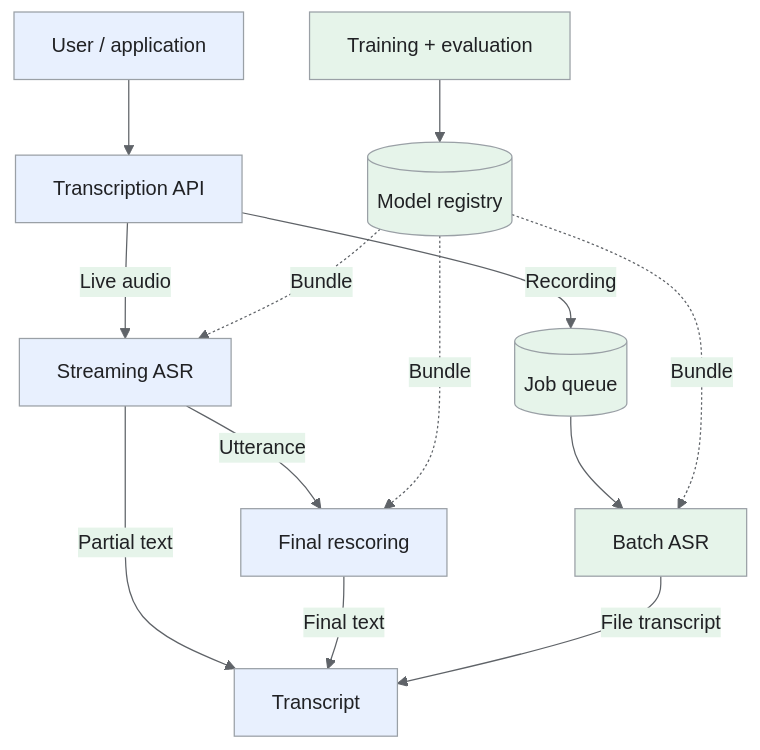
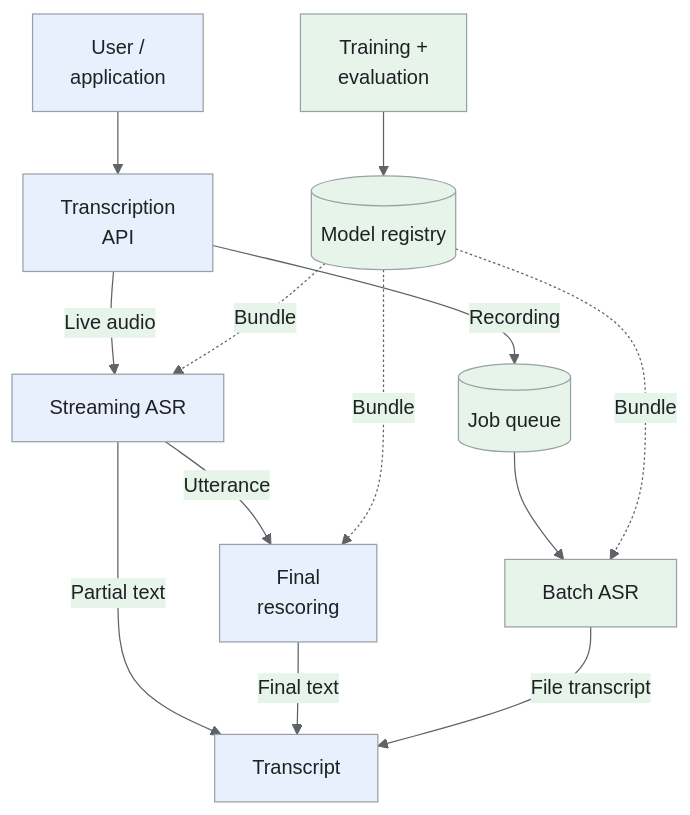
The first of 6 diagrams in _designs/ml-system-design-speech-recognition-asr.md (iliazlobin/iliazlobin.github.io), drawn with Mermaid before and after one commit. The commit also changed other lines of this file and 116 other files, not shown here.

````diff
--- a/_designs/ml-system-design-speech-recognition-asr.md
+++ b/_designs/ml-system-design-speech-recognition-asr.md
@@ -164,22 +145,22 @@
 ```mermaid
 %%{init: {'theme':'base','themeVariables':{'primaryColor':'#e8f0fe','primaryTextColor':'#202124','primaryBorderColor':'#9aa0a6','lineColor':'#5f6368','secondaryColor':'#e6f4ea','tertiaryColor':'#fef7e0','actorBkg':'#e8f0fe','actorBorder':'#9aa0a6','actorTextColor':'#202124','noteBkgColor':'#fef7e0','noteTextColor':'#202124','noteBorderColor':'#9aa0a6','signalColor':'#5f6368','signalTextColor':'#202124','labelBoxBkgColor':'#fef7e0','labelBoxBorderColor':'#9aa0a6'}}}%%
 flowchart TB
-  U["User / application"] --> API["Transcription API"]
+  U["User /<br>application"] --> API["Transcription<br>API"]
   API -->|"Live audio"| LIVE["Streaming ASR"]
   API -->|"Recording"| Q[("Job queue")]
   Q --> BATCH["Batch ASR"]
   LIVE -->|"Partial text"| OUT["Transcript"]
-  LIVE -->|"Utterance"| FINAL["Final rescoring"]
+  LIVE -->|"Utterance"| FINAL["Final<br>rescoring"]
   FINAL -->|"Final text"| OUT
   BATCH -->|"File transcript"| OUT
-  TRAIN["Training + evaluation"] --> REG[("Model registry")]
+  TRAIN["Training +<br>evaluation"] --> REG[("Model registry")]
   REG -.->|"Bundle"| LIVE
   REG -.->|"Bundle"| FINAL
   REG -.->|"Bundle"| BATCH
 classDef request fill:#e8f0fe,stroke:#9aa0a6,color:#202124;
 classDef data fill:#e6f4ea,stroke:#9aa0a6,color:#202124;
 classDef control fill:#fef7e0,stroke:#9aa0a6,color:#202124;
 class U,API,LIVE,OUT,FINAL request;
 class Q,BATCH,TRAIN,REG data;
 
 ```
````
